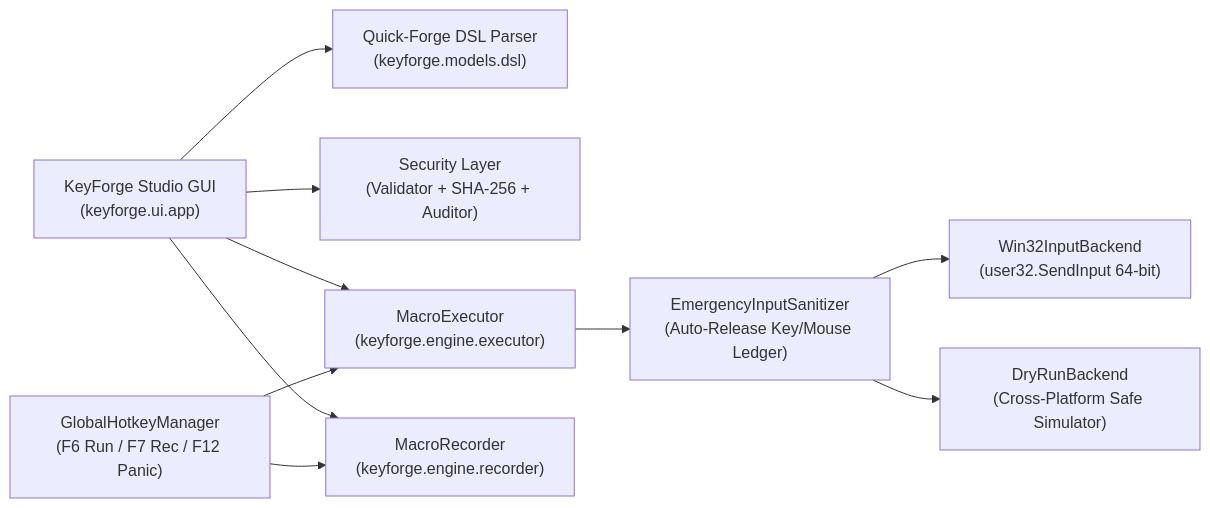
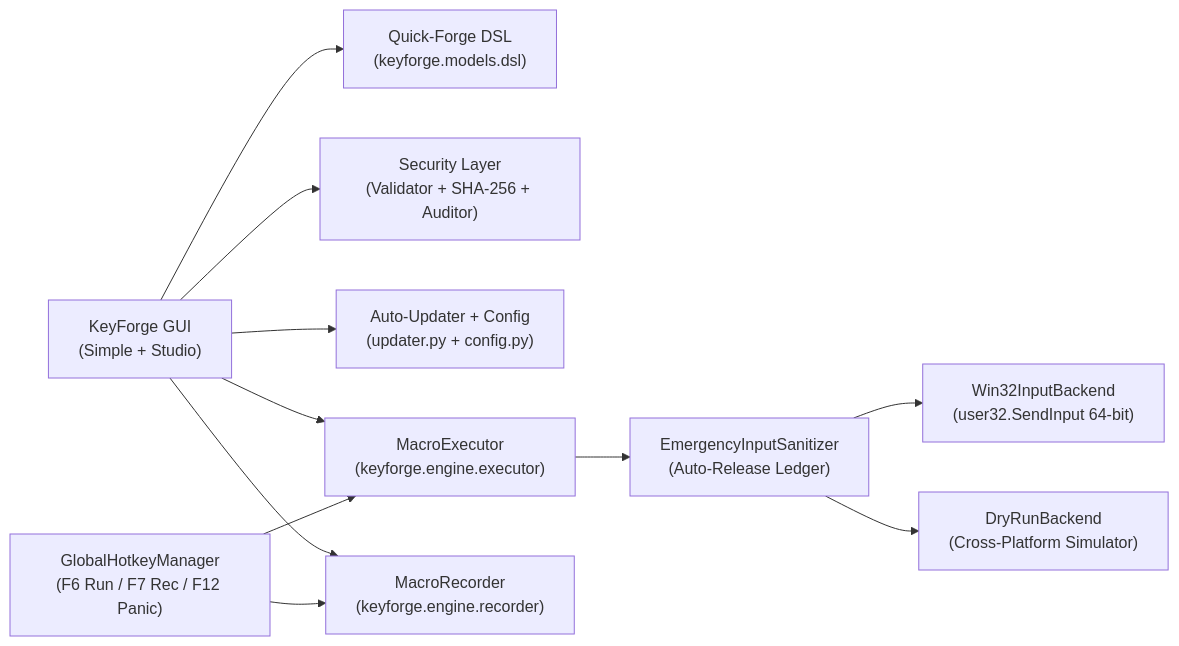
Before and after one commit to efeartn/KeyForge: the diagram in README.md, drawn with Mermaid. The commit also changed other lines of this file and 7 other files, not shown here.

````diff
--- a/README.md
+++ b/README.md
@@ -129,12 +194,13 @@
 ```mermaid
 flowchart LR
-    UI["KeyForge Studio GUI\n(keyforge.ui.app)"] --> DSL["Quick-Forge DSL Parser\n(keyforge.models.dsl)"]
-    UI --> SEC["Security Layer\n(Validator + SHA-256 + Auditor)"]
-    UI --> EXEC["MacroExecutor\n(keyforge.engine.executor)"]
-    UI --> REC["MacroRecorder\n(keyforge.engine.recorder)"]
-    HK["GlobalHotkeyManager\n(F6 Run / F7 Rec / F12 Panic)"] --> EXEC
+    UI["KeyForge GUI<br/>(Simple + Studio)"] --> DSL["Quick-Forge DSL<br/>(keyforge.models.dsl)"]
+    UI --> SEC["Security Layer<br/>(Validator + SHA-256 + Auditor)"]
+    UI --> UPD["Auto-Updater + Config<br/>(updater.py + config.py)"]
+    UI --> EXEC["MacroExecutor<br/>(keyforge.engine.executor)"]
+    UI --> REC["MacroRecorder<br/>(keyforge.engine.recorder)"]
+    HK["GlobalHotkeyManager<br/>(F6 Run / F7 Rec / F12 Panic)"] --> EXEC
     HK --> REC
-    EXEC --> SAN["EmergencyInputSanitizer\n(Auto-Release Key/Mouse Ledger)"]
-    SAN --> WIN32["Win32InputBackend\n(user32.SendInput 64-bit)"]
-    SAN --> DRY["DryRunBackend\n(Cross-Platform Safe Simulator)"]
+    EXEC --> SAN["EmergencyInputSanitizer<br/>(Auto-Release Ledger)"]
+    SAN --> WIN32["Win32InputBackend<br/>(user32.SendInput 64-bit)"]
+    SAN --> DRY["DryRunBackend<br/>(Cross-Platform Simulator)"]
 ```
````
